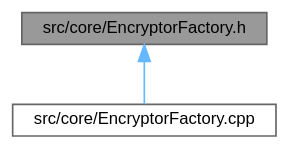
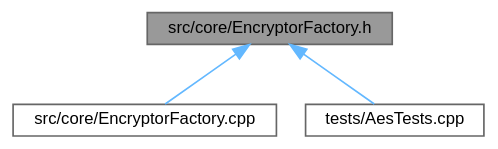
The diagram in EncryptorFactory_8h__dep__incl.dot (wwerniss/aes-encryptor), drawn with Graphviz before and after one commit. The commit also changed 65 other files, not shown here.

```diff
--- a/EncryptorFactory_8h__dep__incl.dot
+++ b/EncryptorFactory_8h__dep__incl.dot
@@ -1,10 +1,12 @@
 digraph "src/core/EncryptorFactory.h"
 {
  // LATEX_PDF_SIZE
   bgcolor="transparent";
   edge [fontname=Helvetica,fontsize=10,labelfontname=Helvetica,labelfontsize=10];
   node [fontname=Helvetica,fontsize=10,shape=box,height=0.2,width=0.4];
   Node1 [id="Node000001",label="src/core/EncryptorFactory.h",height=0.2,width=0.4,color="gray40", fillcolor="grey60", style="filled", fontcolor="black",tooltip=" "];
   Node1 -> Node2 [id="edge1_Node000001_Node000002",dir="back",color="steelblue1",style="solid",tooltip=" "];
   Node2 [id="Node000002",label="src/core/EncryptorFactory.cpp",height=0.2,width=0.4,color="grey40", fillcolor="white", style="filled",URL="$EncryptorFactory_8cpp.html",tooltip=" "];
+  Node1 -> Node3 [id="edge2_Node000001_Node000003",dir="back",color="steelblue1",style="solid",tooltip=" "];
+  Node3 [id="Node000003",label="tests/AesTests.cpp",height=0.2,width=0.4,color="grey40", fillcolor="white", style="filled",URL="$AesTests_8cpp.html",tooltip=" "];
 }
```
